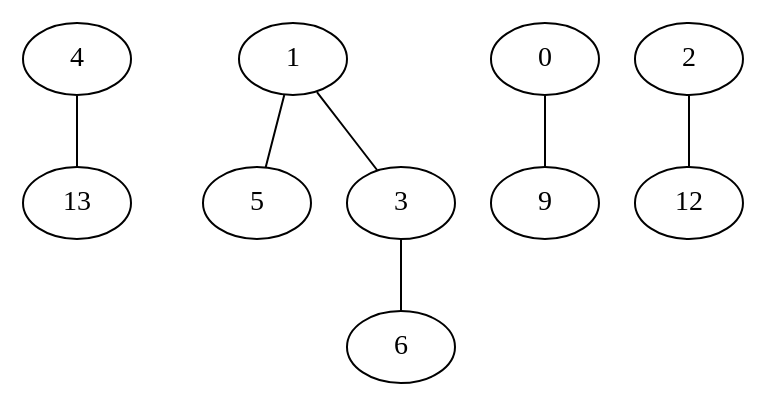
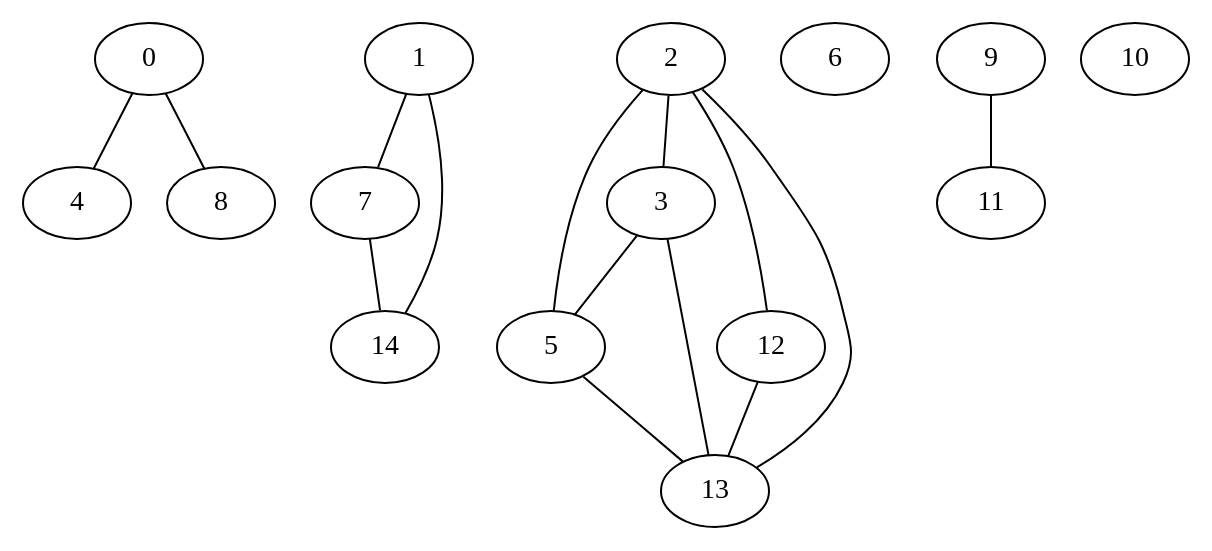
One commit to FranciscoMGL/Proyecto-Algoritmos changed the diagram in grafo_geografico_15.gv. Above: the diagram before and after it, drawn with Graphviz. The commit also changed 30 other files, not shown here.

```diff
--- a/grafo_geografico_15.gv
+++ b/grafo_geografico_15.gv
@@ -1,8 +1,31 @@
 graph G {
-    "4" -- "13";
-    "1" -- "5";
-    "0" -- "9";
+  "0";
+  "1";
+  "2";
+  "3";
+  "4";
+  "5";
+  "6";
+  "7";
+  "8";
+  "9";
+  "10";
+  "11";
+  "12";
+  "13";
+  "14";
+    "0" -- "4";
+    "1" -- "14";
+    "12" -- "13";
+    "2" -- "13";
+    "5" -- "13";
+    "2" -- "3";
+    "3" -- "13";
+    "1" -- "7";
     "2" -- "12";
-    "3" -- "6";
-    "1" -- "3";
+    "9" -- "11";
+    "0" -- "8";
+    "2" -- "5";
+    "3" -- "5";
+    "7" -- "14";
 }
```
